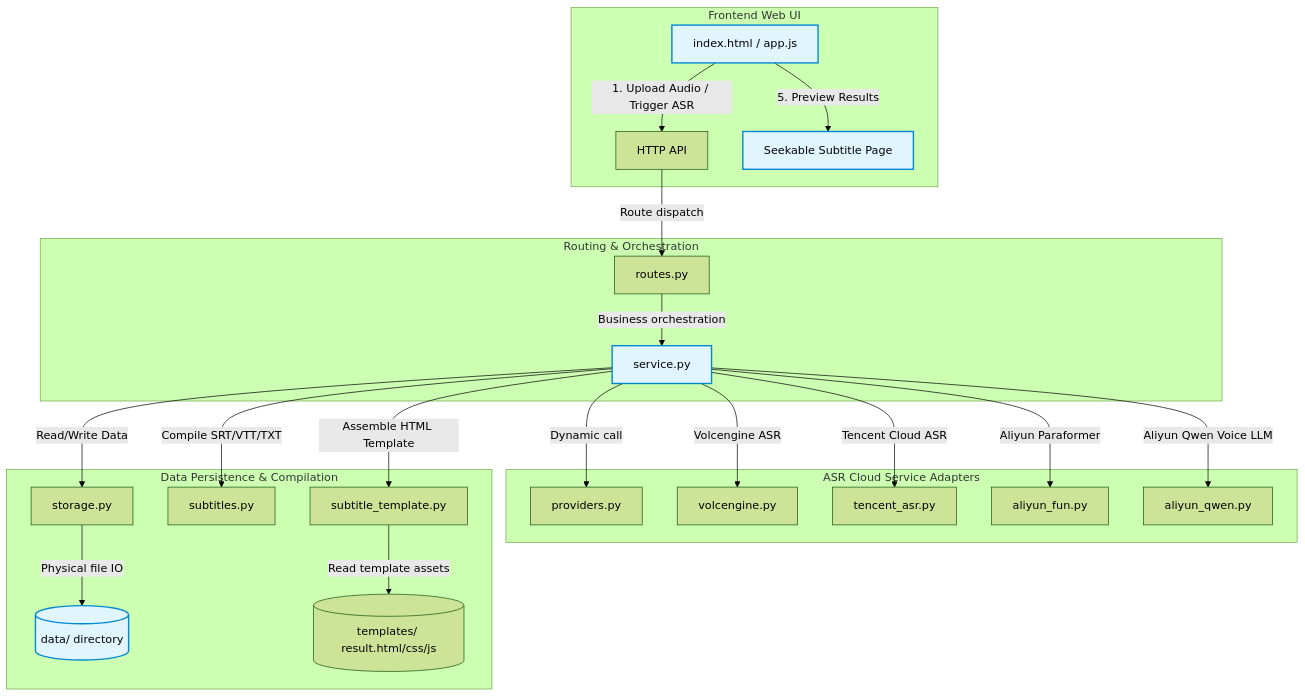
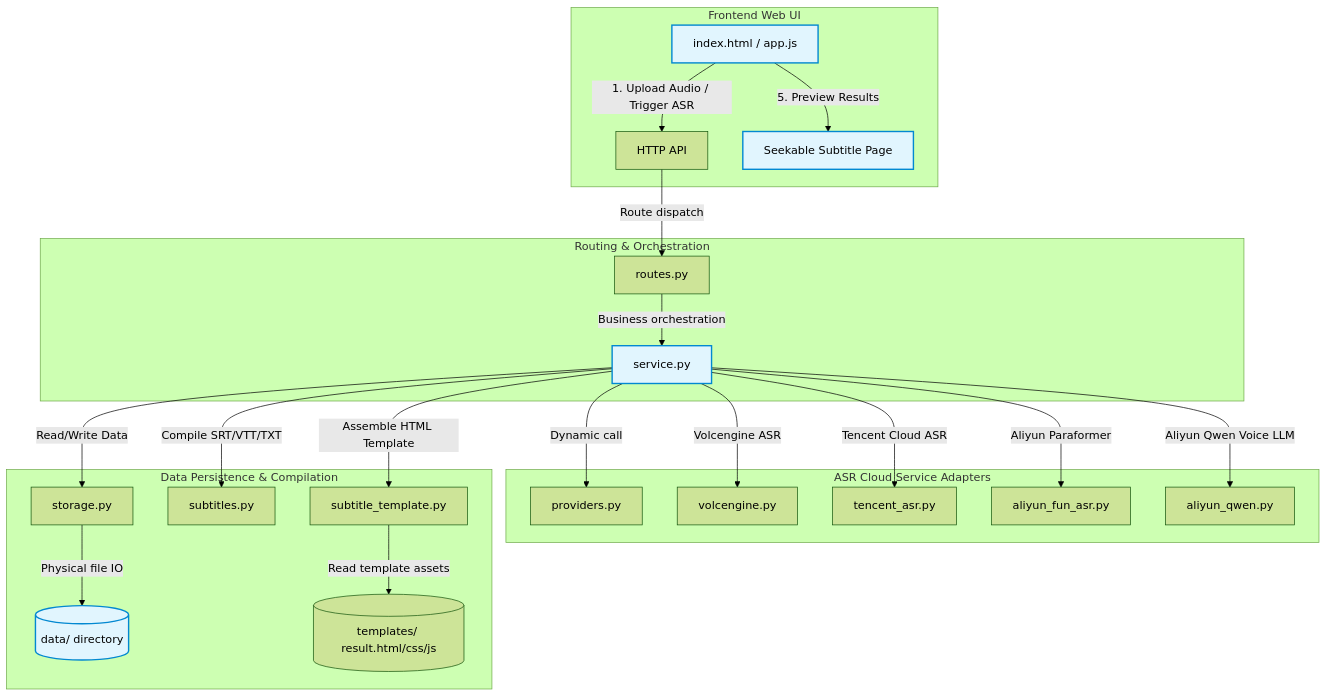
One commit to XavierWang3P/listening-scribe changed the diagram in README.en.md. Above: the diagram before and after it, drawn with Mermaid (forest theme). The commit also changed other lines of this file and 3 other files, not shown here.

Commit message:
refactor: rename aliyun_fun.py to aliyun_fun_asr.py per user feedback

````diff
--- a/README.en.md
+++ b/README.en.md
@@ -19,35 +19,35 @@
 ```mermaid
 graph TD
     %% Frontend Layer
     subgraph Frontend [Frontend Web UI]
         UI[index.html / app.js] -->|1. Upload Audio / Trigger ASR| API[HTTP API]
         UI -->|5. Preview Results| SubHTML[Seekable Subtitle Page]
     end
 
     %% Routing Layer
     subgraph Control [Routing & Orchestration]
         API -->|Route dispatch| Routes[routes.py]
         Routes -->|Business orchestration| Service[service.py]
     end
 
     %% Providers Layer
     subgraph Adapters [ASR Cloud Service Adapters]
         Service -->|Dynamic call| Providers[providers.py]
         Service -->|Volcengine ASR| Volc[volcengine.py]
         Service -->|Tencent Cloud ASR| Tencent[tencent_asr.py]
-        Service -->|Aliyun Paraformer| AliFun[aliyun_fun.py]
+        Service -->|Aliyun Paraformer| AliFun[aliyun_fun_asr.py]
         Service -->|Aliyun Qwen Voice LLM| AliQwen[aliyun_qwen.py]
     end
 
     %% Storage & Output Layer
     subgraph Storage [Data Persistence & Compilation]
         Service -->|Read/Write Data| StorageMgr[storage.py]
         StorageMgr -->|Physical file IO| Disk[(data/ directory)]
         Service -->|Compile SRT/VTT/TXT| Subtitles[subtitles.py]
         Service -->|Assemble HTML Template| SubTmpl[subtitle_template.py]
         SubTmpl -->|Read template assets| TmplSrc[(templates/ result.html/css/js)]
     end
 
     classDef highlight fill:#e1f5fe,stroke:#0288d1,stroke-width:2px;
     class UI,SubHTML,Service,Disk highlight;
 ```
````
